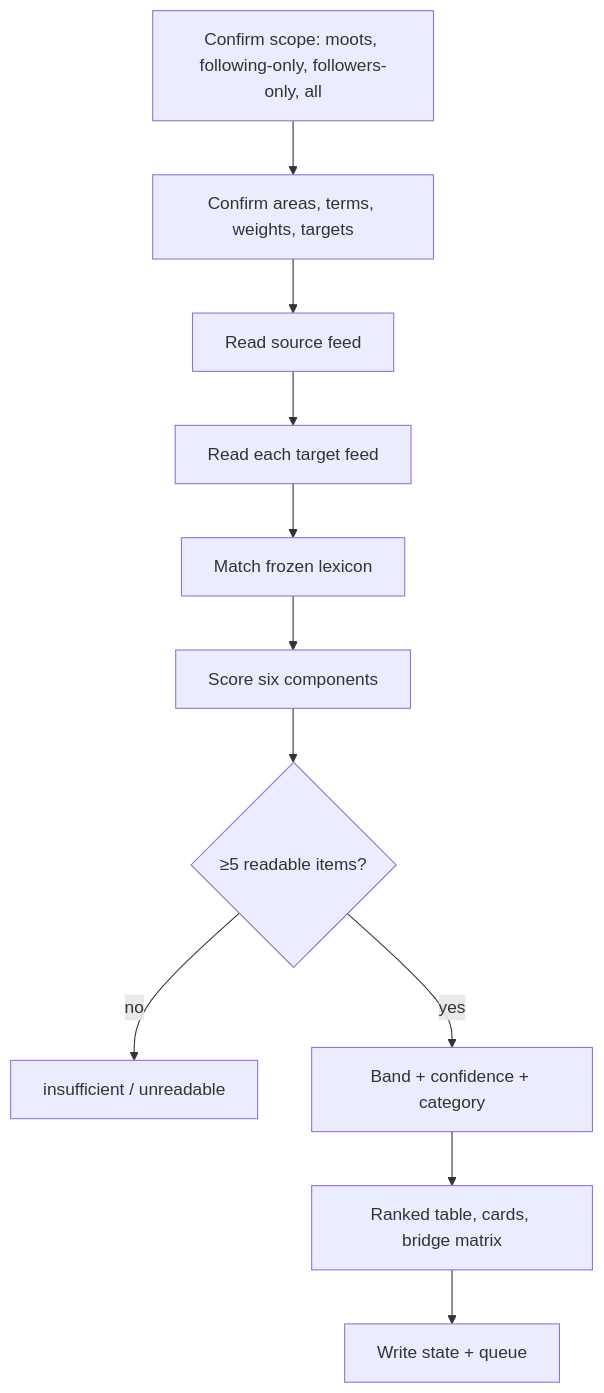
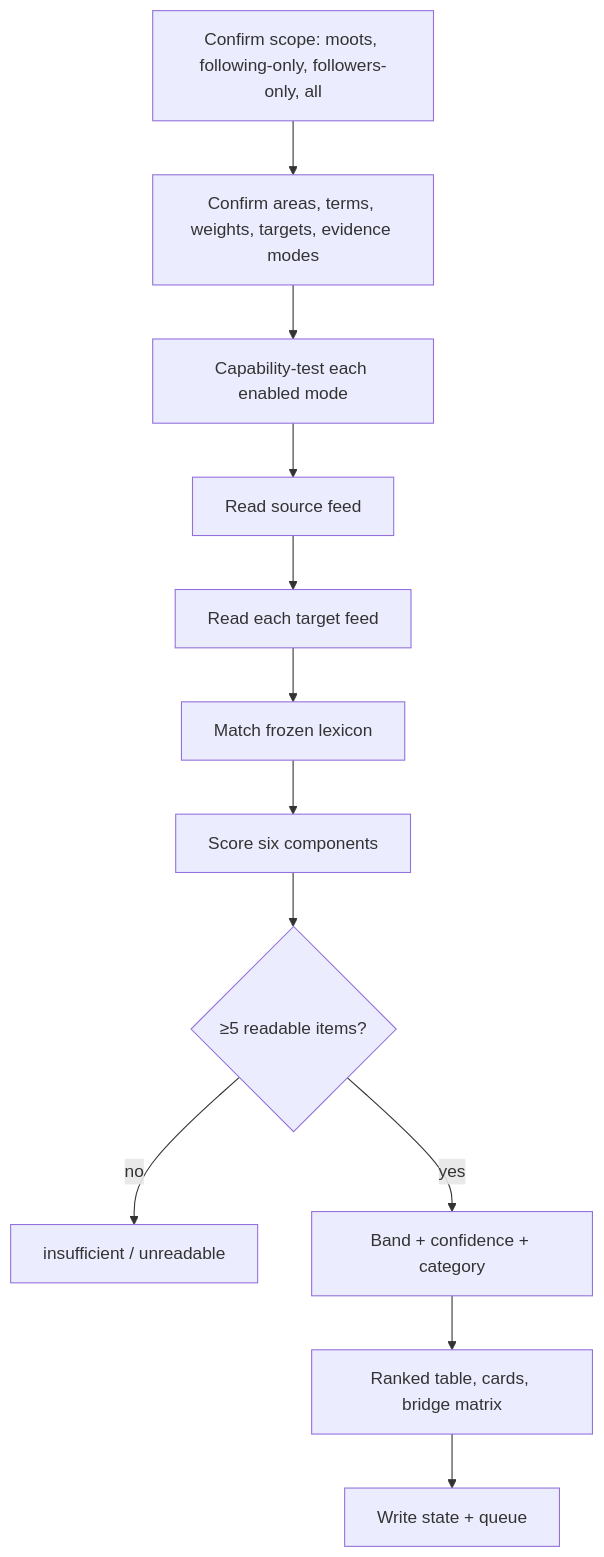
The diagram in lode/skills/twitter-compatibility.md (johndkane/agent-skills), drawn with Mermaid before and after one commit. The commit also changed other lines of this file and 29 other files, not shown here.

````diff
--- a/lode/skills/twitter-compatibility.md
+++ b/lode/skills/twitter-compatibility.md
@@ -56,13 +60,14 @@
 ```mermaid
 flowchart TD
-    P[Confirm scope: moots, following-only, followers-only, all] --> I[Confirm areas, terms, weights, targets]
-    I --> S[Read source feed]
+    P[Confirm scope: moots, following-only, followers-only, all] --> I[Confirm areas, terms, weights, targets, evidence modes]
+    I --> G[Capability-test each enabled mode]
+    G --> S[Read source feed]
     S --> T[Read each target feed]
     T --> M[Match frozen lexicon]
     M --> C[Score six components]
     C --> D{≥5 readable items?}
     D -- no --> U[insufficient / unreadable]
     D -- yes --> B[Band + confidence + category]
     B --> R[Ranked table, cards, bridge matrix]
     R --> W[Write state + queue]
 ```
````
